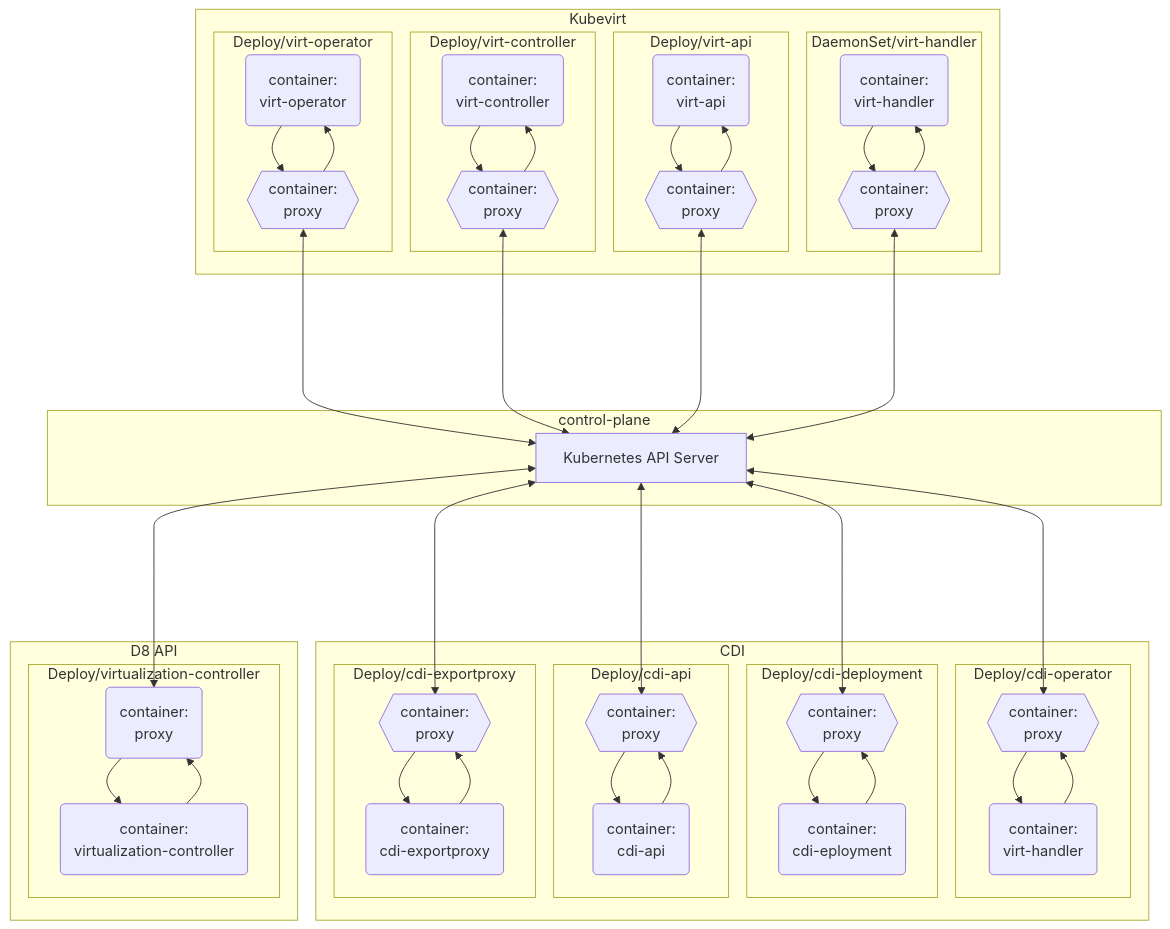
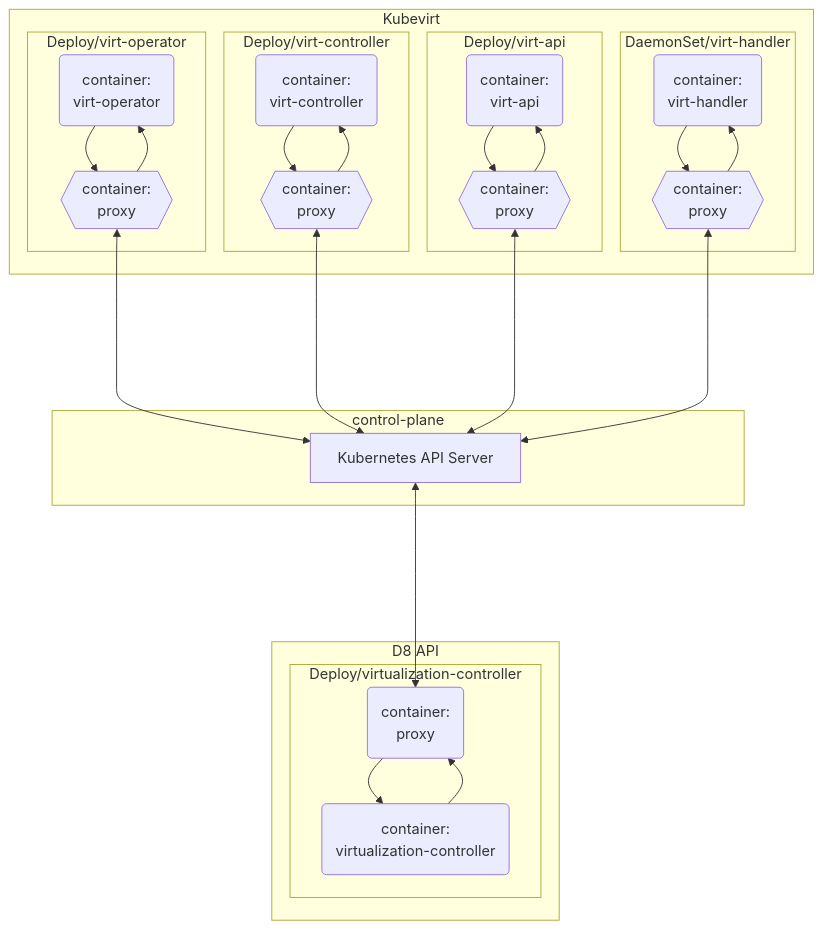
One commit to deckhouse/virtualization changed the second of 6 diagrams in images/kube-api-rewriter/STRUCTURE.md. Above: the diagram before and after it, drawn with Mermaid. The commit also changed other lines of this file and 8649 other files, not shown here.

```diff
--- a/images/kube-api-rewriter/STRUCTURE.md
+++ b/images/kube-api-rewriter/STRUCTURE.md
@@ -123,49 +123,6 @@
   virt-api-proxy <----> kube-api
   virt-handler-proxy <----> kube-api
 
-  subgraph cdi ["CDI"]
-    subgraph cdi-operator-deploy ["`Deploy/cdi-operator`"]
-      cdi-operator-proxy{{"container:
-        proxy"}}
-      cdi-operator("`container:
-        virt-handler`")
-      cdi-operator --> cdi-operator-proxy
-      cdi-operator-proxy --> cdi-operator
-    end
-  
-    subgraph cdi-deployment-deploy ["`Deploy/cdi-deployment`"]
-      cdi-deployment-proxy{{"container:
-        proxy"}}
-      cdi-deployment("`container:
-        cdi-eployment`")
-      cdi-deployment --> cdi-deployment-proxy
-      cdi-deployment-proxy --> cdi-deployment
-    end
-  
-    subgraph cdi-api-deploy ["`Deploy/cdi-api`"]
-      cdi-api-proxy{{"container:
-        proxy"}}
-      cdi-api("`container:
-        cdi-api`")
-      cdi-api --> cdi-api-proxy
-      cdi-api-proxy --> cdi-api
-    end
-  
-    subgraph cdi-exportproxy-deploy ["`Deploy/cdi-exportproxy`"]
-      cdi-exportproxy-proxy{{"container:
-          proxy"}}
-      cdi-exportproxy("`container:
-          cdi-exportproxy`")
-      cdi-exportproxy --> cdi-exportproxy-proxy
-      cdi-exportproxy-proxy --> cdi-exportproxy
-    end
-  end
-  kube-api <----> cdi-operator-proxy
-  kube-api <----> cdi-deployment-proxy
-  kube-api <----> cdi-api-proxy
-  kube-api <----> cdi-exportproxy-proxy
-  
-
   subgraph d8virt ["D8 API"]
     subgraph d8-virt-deploy ["Deploy/virtualization-controller"]
         d8-virt-controller-proxy("`container:
```
